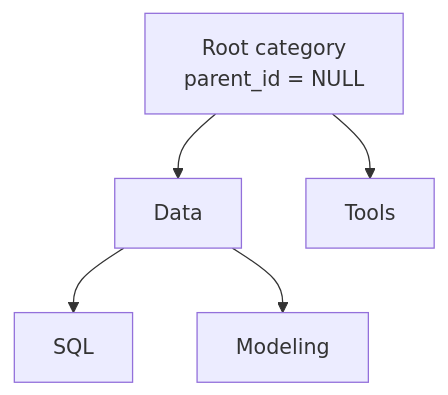
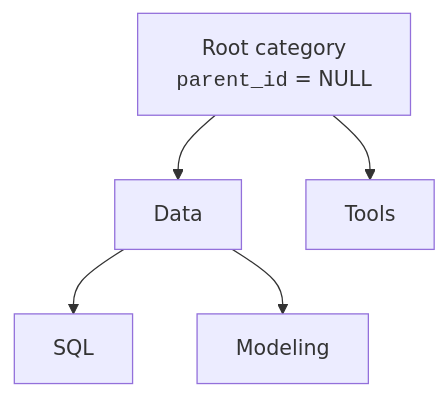
One commit to dataslope/dataslope changed the fifth of 6 diagrams in content/learn/database-design-postgresql/self-referencing-relationships.mdx. Above: the diagram before and after it, drawn with Mermaid. The commit also changed other lines of this file and 218 other files, not shown here.

First line of the commit message:
Render code-only mermaid shapes in monospace; convert step sequences to Steps (#467)

````diff
--- a/content/learn/database-design-postgresql/self-referencing-relationships.mdx
+++ b/content/learn/database-design-postgresql/self-referencing-relationships.mdx
@@ -120,7 +120,7 @@
 ```mermaid
 flowchart TB
-    Root["Root category<br/>parent_id = NULL"] --> Data["Data"]
+    Root["Root category<br/><code>parent_id</code> = NULL"] --> Data["Data"]
     Data --> SQL["SQL"]
     Data --> Modeling["Modeling"]
     Root --> Tools["Tools"]
 ```
````
